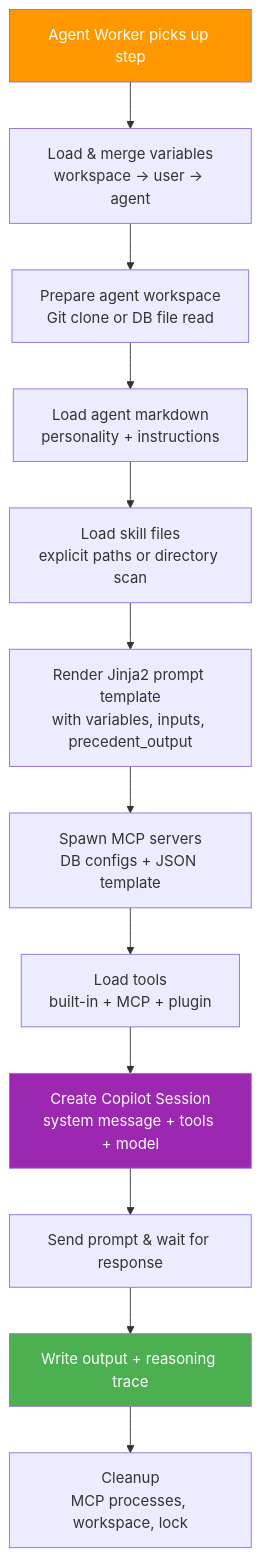
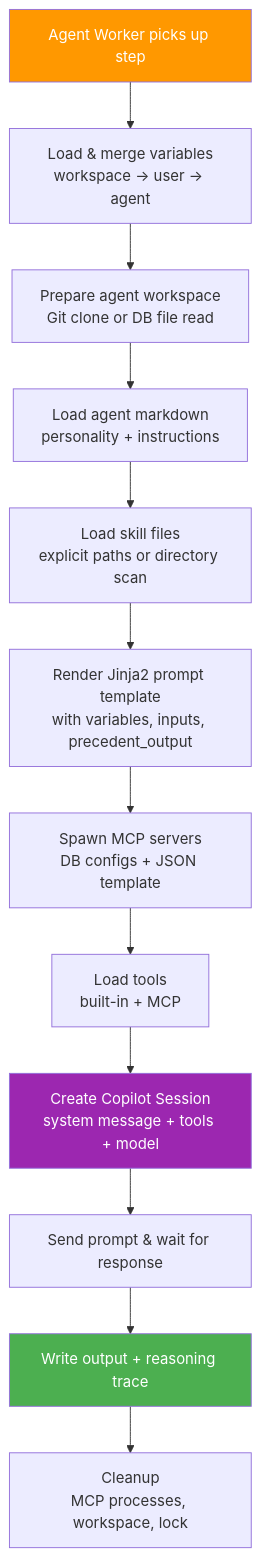
Before and after one commit to thfai2000/github-copilot-agent-orchestra: the second of 3 diagrams in docs/concepts/workflows.md, drawn with Mermaid. The commit also changed 46 other files, not shown here.

````diff
--- a/docs/concepts/workflows.md
+++ b/docs/concepts/workflows.md
@@ -109,18 +109,18 @@
 ```mermaid
 graph TB
     START[Agent Worker picks up step] --> VARS[Load & merge variables<br/>workspace → user → agent]
     VARS --> WORKSPACE[Prepare agent workspace<br/>Git clone or DB file read]
     WORKSPACE --> AGENT[Load agent markdown<br/>personality + instructions]
     AGENT --> SKILLS[Load skill files<br/>explicit paths or directory scan]
     SKILLS --> RENDER[Render Jinja2 prompt template<br/>with variables, inputs, precedent_output]
     RENDER --> MCP[Spawn MCP servers<br/>DB configs + JSON template]
-    MCP --> TOOLS[Load tools<br/>built-in + MCP + plugin]
+    MCP --> TOOLS[Load tools<br/>built-in + MCP]
     TOOLS --> SESSION[Create Copilot Session<br/>system message + tools + model]
     SESSION --> EXEC[Send prompt & wait for response]
     EXEC --> WRITE[Write output + reasoning trace]
     WRITE --> CLEANUP[Cleanup<br/>MCP processes, workspace, lock]
 
     style START fill:#FF9800,color:#fff
     style SESSION fill:#9C27B0,color:#fff
     style WRITE fill:#4CAF50,color:#fff
 ```
````
